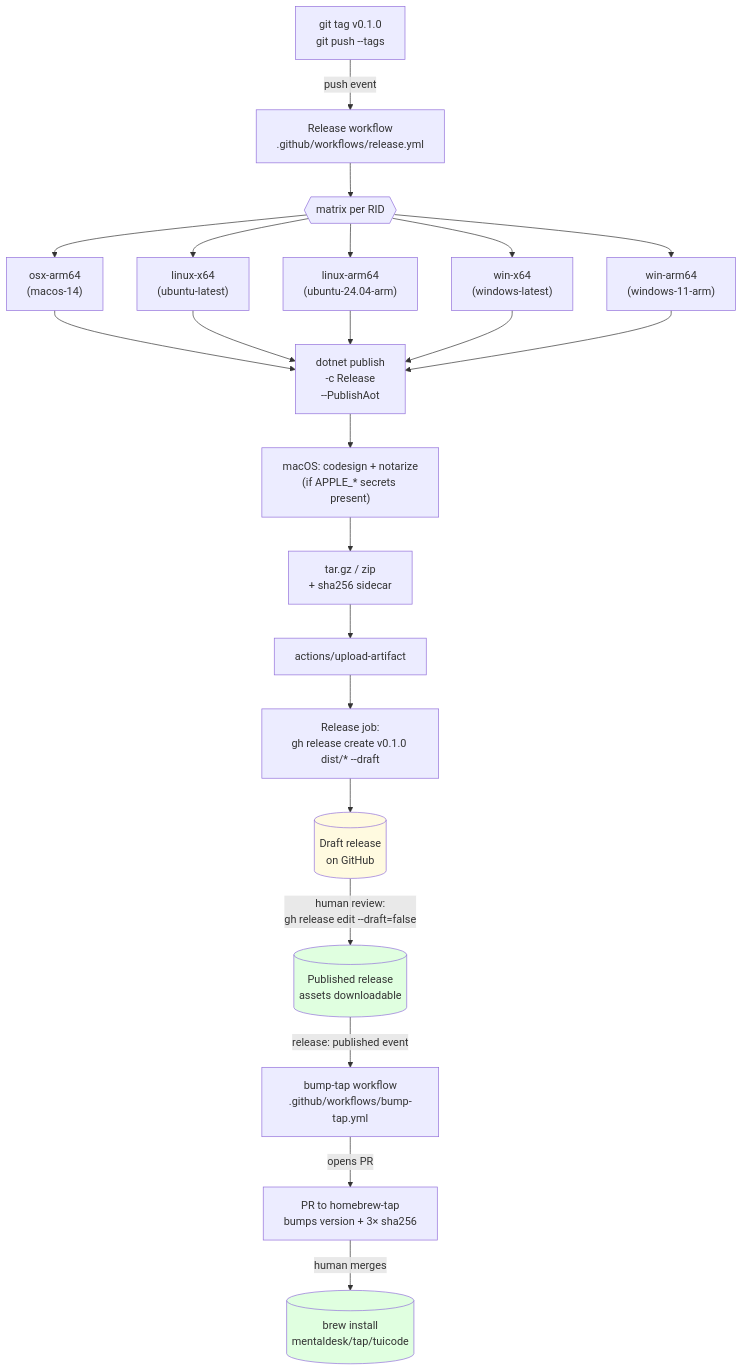
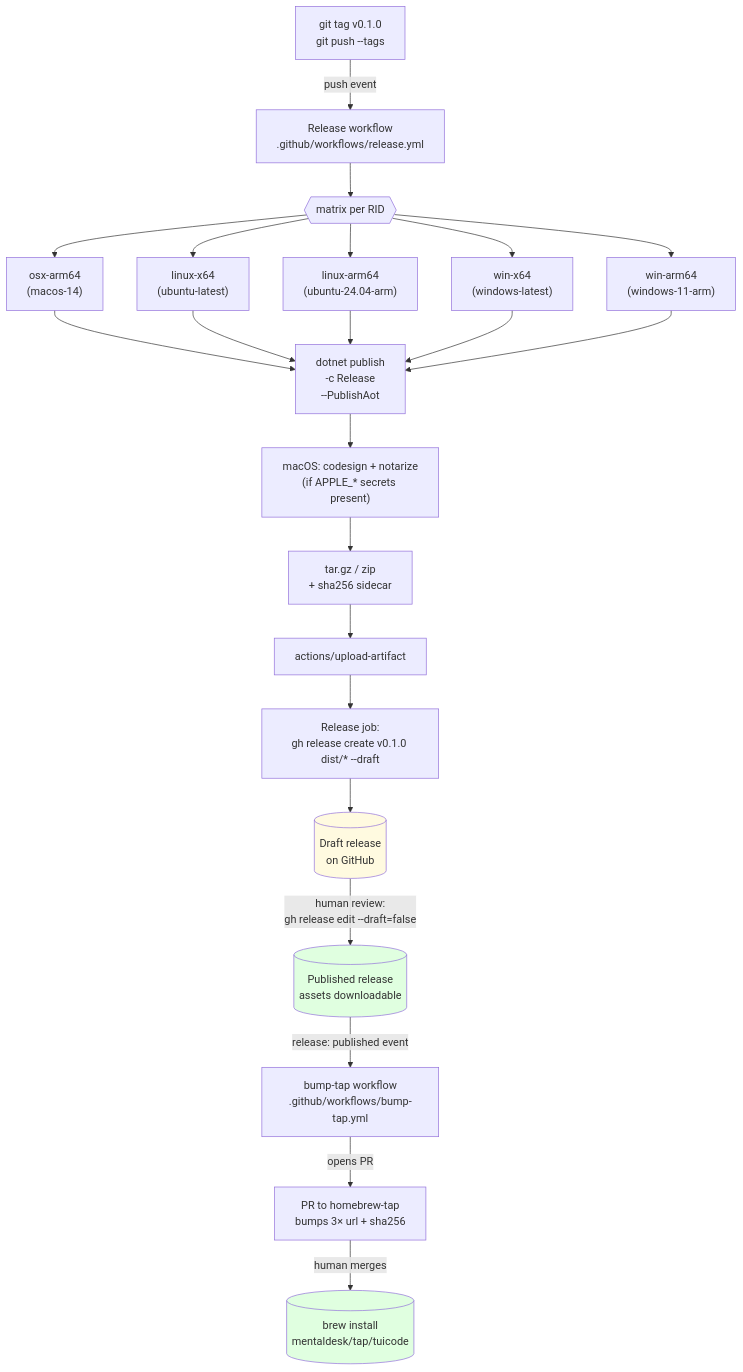
Before and after one commit to mentaldesk/TuiCode: the first of 4 diagrams in CONTRIBUTING.md, drawn with Mermaid. The commit also changed other lines of this file and 2 other files, not shown here.

Commit message:
Bump the tap formula's URLs instead of a version line
brew audit --strict now fails on a version line that duplicates the one in the URL, which broke the 0.0.4 tap PR. The formula carries the version only in its URLs now, so rewrite those.

````diff
--- a/CONTRIBUTING.md
+++ b/CONTRIBUTING.md
@@ -20,35 +20,35 @@
 ```mermaid
 flowchart TD
     Tag["git tag v0.1.0<br/>git push --tags"]
     Tag -->|push event| WF["Release workflow<br/>.github/workflows/release.yml"]
 
     WF --> Matrix{{"matrix per RID"}}
     Matrix --> A["osx-arm64<br/>(macos-14)"]
     Matrix --> B["linux-x64<br/>(ubuntu-latest)"]
     Matrix --> C["linux-arm64<br/>(ubuntu-24.04-arm)"]
     Matrix --> D["win-x64<br/>(windows-latest)"]
     Matrix --> E["win-arm64<br/>(windows-11-arm)"]
 
     A --> Publish["dotnet publish<br/>-c Release<br/>--PublishAot"]
     B --> Publish
     C --> Publish
     D --> Publish
     E --> Publish
 
     Publish --> Sign["macOS: codesign + notarize<br/>(if APPLE_* secrets present)"]
     Sign --> Archive["tar.gz / zip<br/>+ sha256 sidecar"]
     Archive --> Upload["actions/upload-artifact"]
 
     Upload --> Release["Release job:<br/>gh release create v0.1.0 dist/* --draft"]
     Release --> Draft[("Draft release<br/>on GitHub")]
 
     Draft -->|human review:<br/>gh release edit --draft=false| Public[("Published release<br/>assets downloadable")]
 
     Public -->|release: published event| Bump["bump-tap workflow<br/>.github/workflows/bump-tap.yml"]
-    Bump -->|opens PR| TapPR["PR to homebrew-tap<br/>bumps version + 3× sha256"]
+    Bump -->|opens PR| TapPR["PR to homebrew-tap<br/>bumps 3× url + sha256"]
     TapPR -->|human merges| Brew[("brew install<br/>mentaldesk/tap/tuicode")]
 
     style Draft fill:#fffae0
     style Public fill:#e0ffe0
     style Brew fill:#e0ffe0
 ```
````
